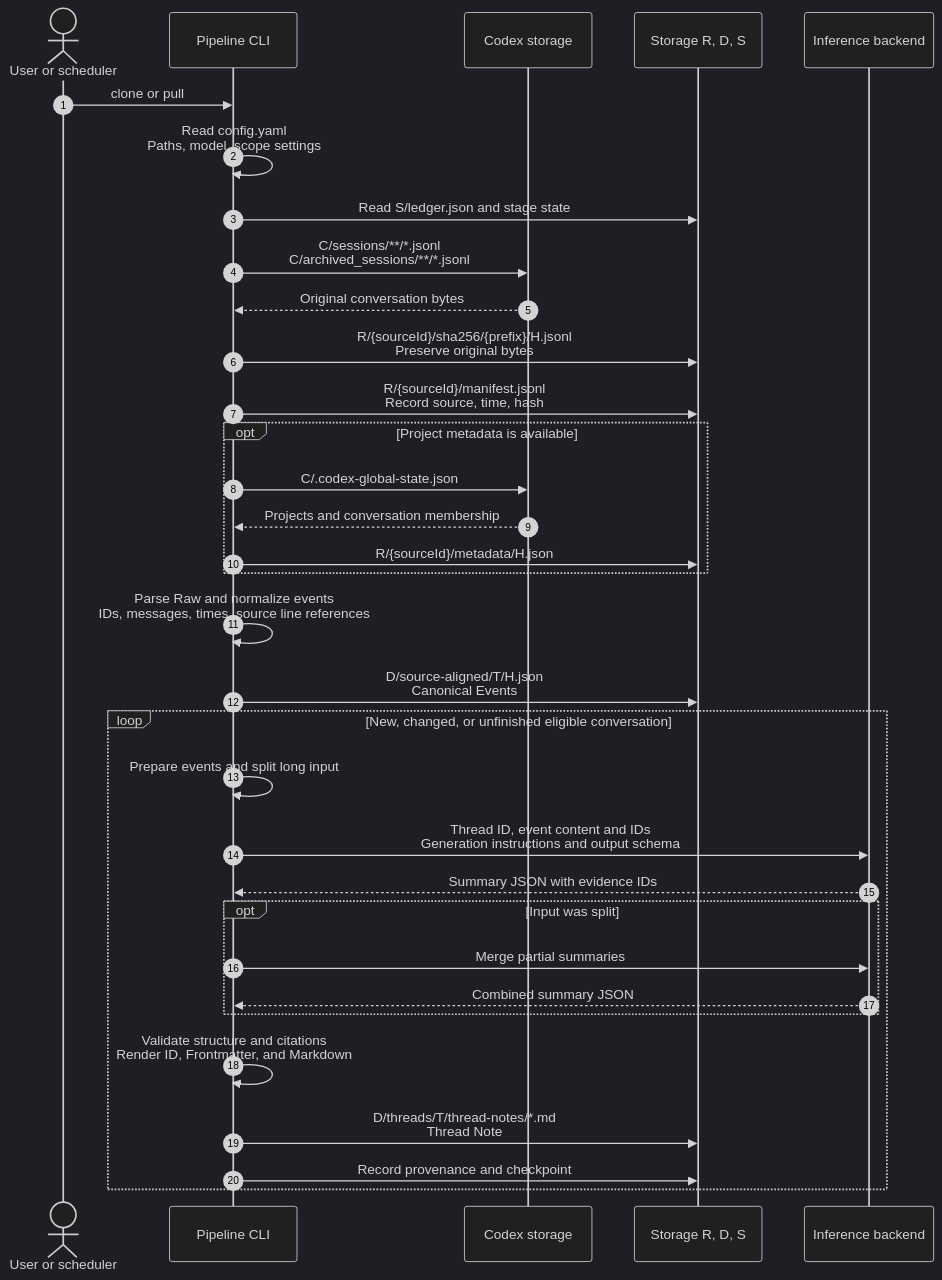
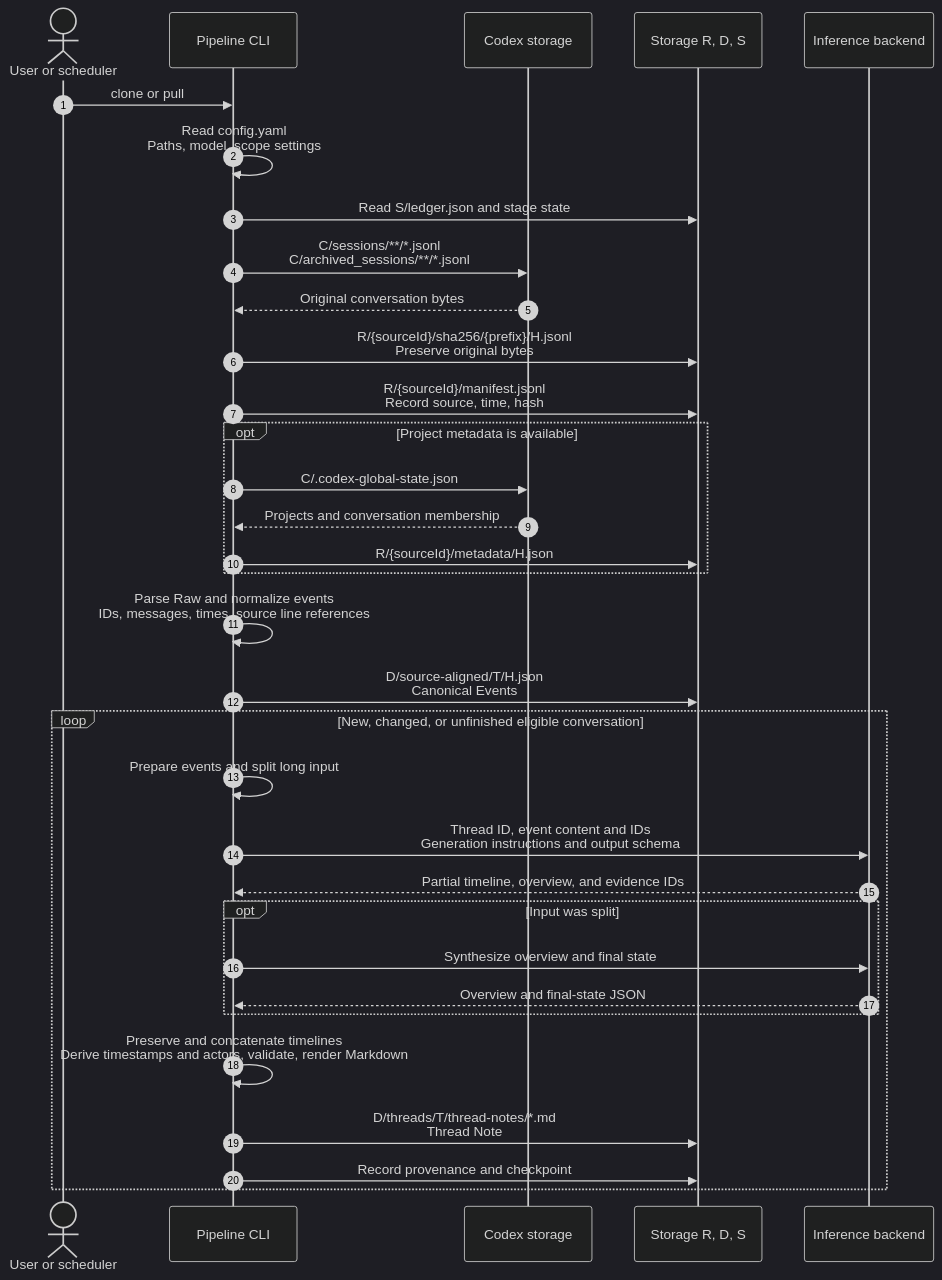
Before and after one commit to tuckn/tkn_codex_chat_note_pipeline: the second of 4 diagrams in README.md, drawn with Mermaid (dark theme). The commit also changed other lines of this file and 22 other files, not shown here.

First line of the commit message:
feat: Implement thread timeline management with validation and rendering

````diff
--- a/README.md
+++ b/README.md
@@ -340,40 +430,40 @@
 ```mermaid
 sequenceDiagram
     autonumber
     actor U as User or scheduler
     participant P as Pipeline CLI
     participant C as Codex storage
     participant F as Storage R, D, S
     participant AI as Inference backend
 
     U->>P: clone or pull
     P->>P: Read config.yaml<br/>Paths, model, scope settings
     P->>F: Read S/ledger.json and stage state
 
     P->>C: C/sessions/**/*.jsonl<br/>C/archived_sessions/**/*.jsonl
     C-->>P: Original conversation bytes
     P->>F: R/{sourceId}/sha256/{prefix}/H.jsonl<br/>Preserve original bytes
     P->>F: R/{sourceId}/manifest.jsonl<br/>Record source, time, hash
 
     opt Project metadata is available
         P->>C: C/.codex-global-state.json
         C-->>P: Projects and conversation membership
         P->>F: R/{sourceId}/metadata/H.json
     end
 
     P->>P: Parse Raw and normalize events<br/>IDs, messages, times, source line references
     P->>F: D/source-aligned/T/H.json<br/>Canonical Events
 
     loop New, changed, or unfinished eligible conversation
         P->>P: Prepare events and split long input
         P->>AI: Thread ID, event content and IDs<br/>Generation instructions and output schema
-        AI-->>P: Summary JSON with evidence IDs
+        AI-->>P: Partial timeline, overview, and evidence IDs
         opt Input was split
-            P->>AI: Merge partial summaries
-            AI-->>P: Combined summary JSON
+            P->>AI: Synthesize overview and final state
+            AI-->>P: Overview and final-state JSON
         end
-        P->>P: Validate structure and citations<br/>Render ID, Frontmatter, and Markdown
+        P->>P: Preserve and concatenate timelines<br/>Derive timestamps and actors, validate, render Markdown
         P->>F: D/threads/T/thread-notes/*.md<br/>Thread Note
         P->>F: Record provenance and checkpoint
     end
 ```
````
